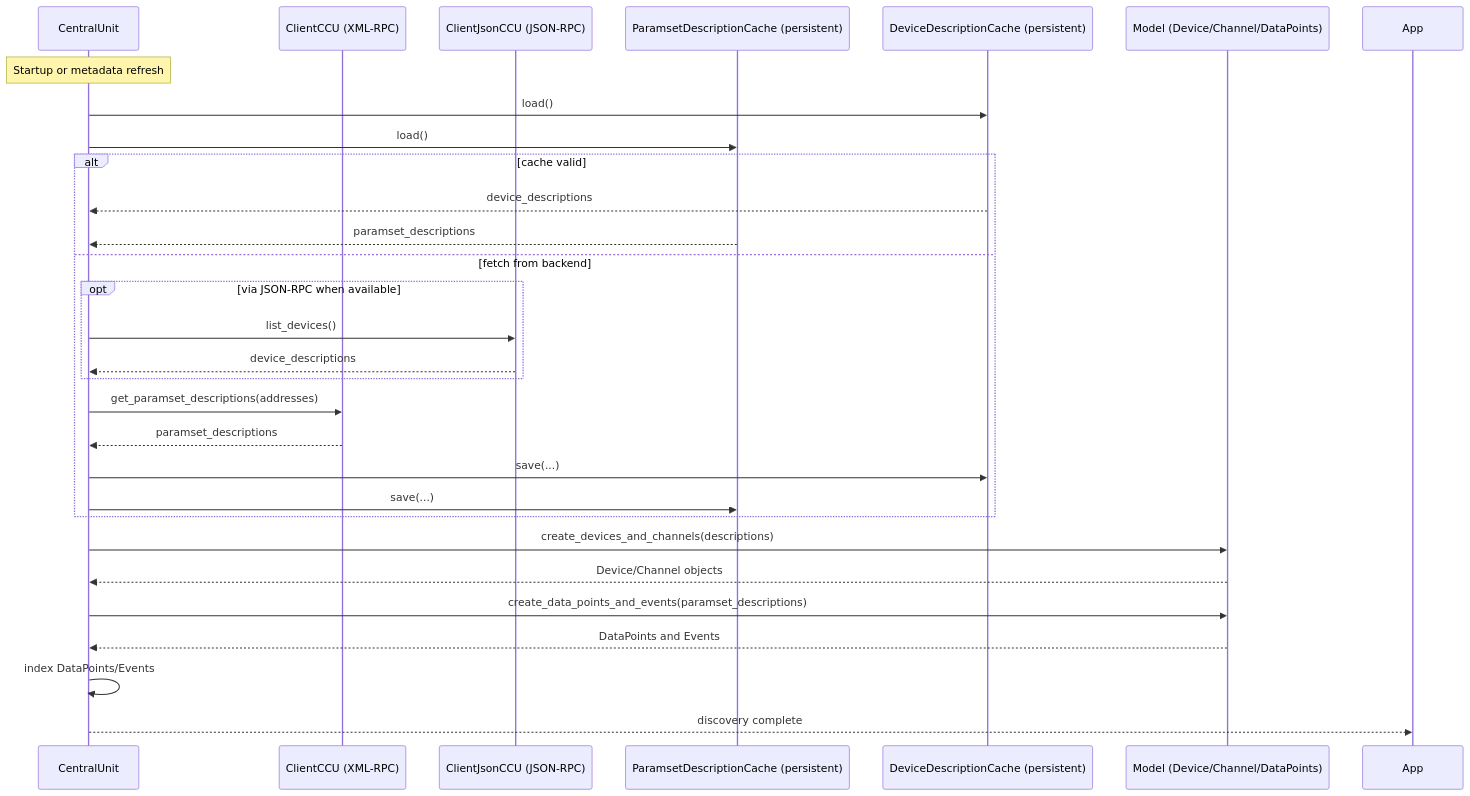
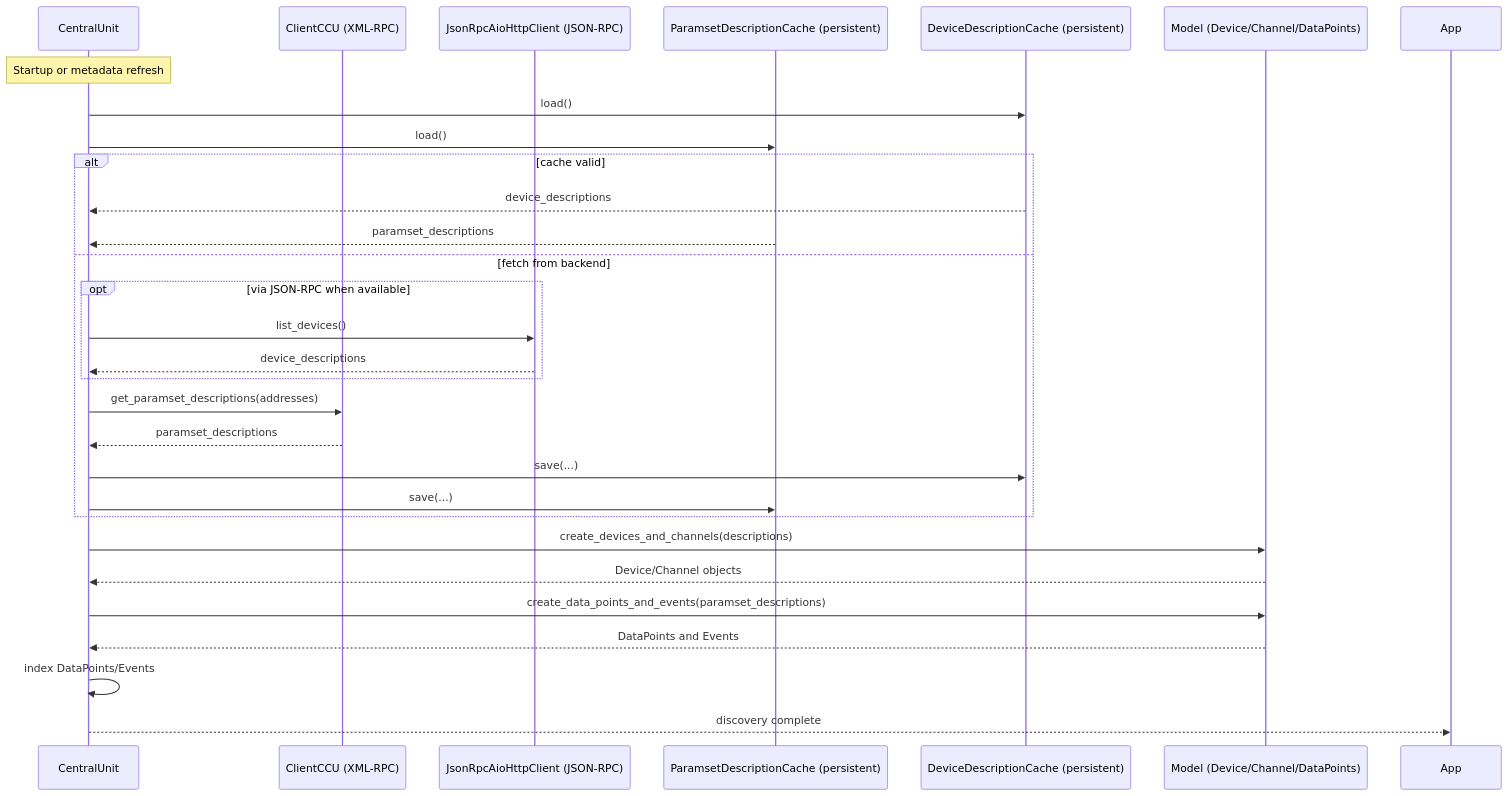
One commit to SukramJ/aiohomematic changed the second of 3 diagrams in docs/sequence_diagrams.md. Above: the diagram before and after it, drawn with Mermaid. The commit also changed other lines of this file, not shown here.

````diff
--- a/docs/sequence_diagrams.md
+++ b/docs/sequence_diagrams.md
@@ -44,31 +44,31 @@
 ```mermaid
 sequenceDiagram
   participant C as CentralUnit
   participant CX as ClientCCU (XML-RPC)
-  participant CJ as ClientJsonCCU (JSON-RPC)
+  participant CJ as JsonRpcAioHttpClient (JSON-RPC)
   participant PDC as ParamsetDescriptionCache (persistent)
   participant DDC as DeviceDescriptionCache (persistent)
   participant M as Model (Device/Channel/DataPoints)
   Note over C: Startup or metadata refresh
   C->>DDC: load()
   C->>PDC: load()
   alt cache valid
     DDC-->>C: device_descriptions
     PDC-->>C: paramset_descriptions
   else fetch from backend
     opt via JSON-RPC when available
       C->>CJ: list_devices()
       CJ-->>C: device_descriptions
     end
     C->>CX: get_paramset_descriptions(addresses)
     CX-->>C: paramset_descriptions
     C->>DDC: save(...)
     C->>PDC: save(...)
   end
   C->>M: create_devices_and_channels(descriptions)
   M-->>C: Device/Channel objects
   C->>M: create_data_points_and_events(paramset_descriptions)
   M-->>C: DataPoints and Events
   C->>C: index DataPoints/Events
   C-->>App: discovery complete
 ```
````
